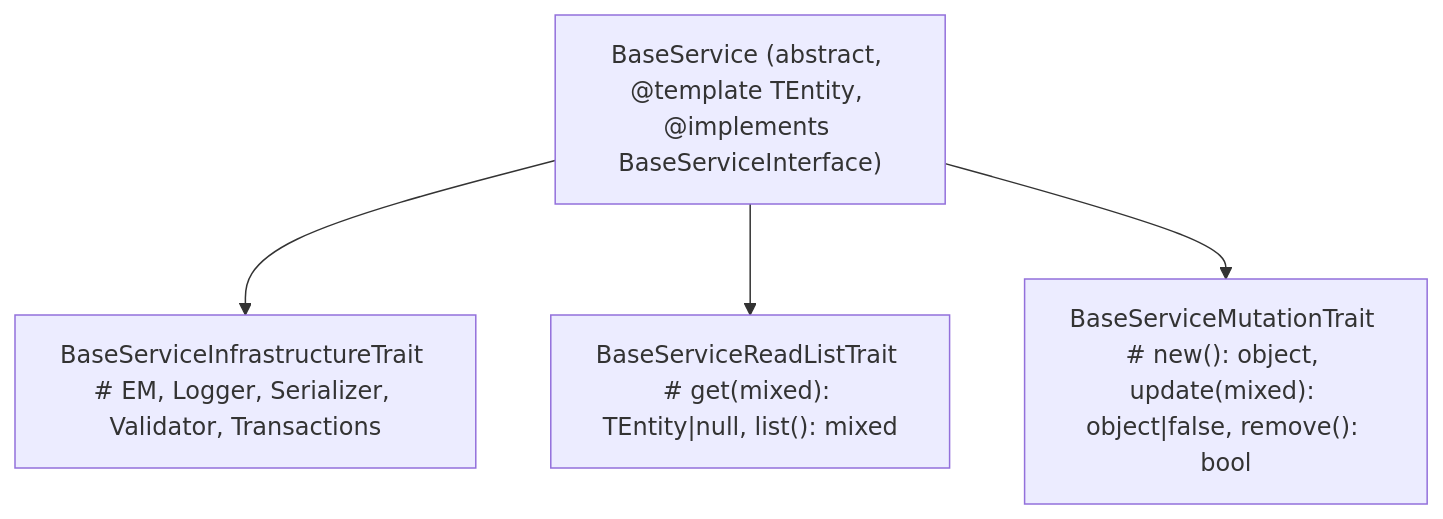
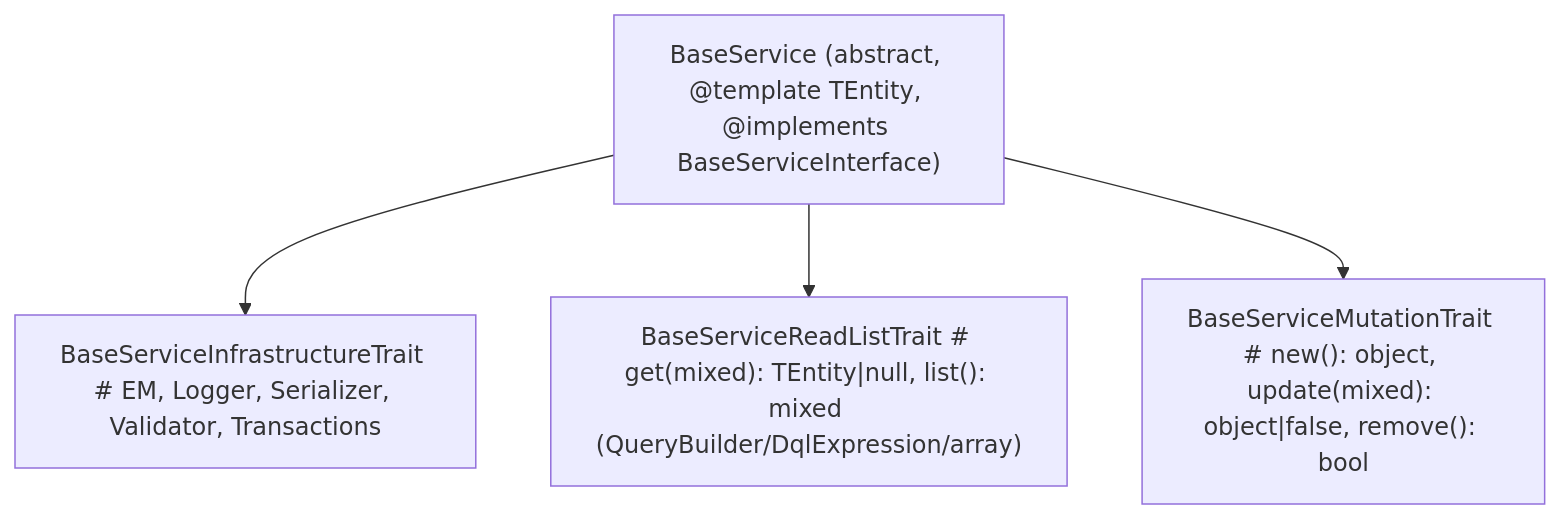
Before and after one commit to dream-studio-china/edc-online-membership: the first of 5 diagrams in docs/ai/context.md, drawn with Mermaid. The commit also changed other lines of this file and 169 other files, not shown here.

````diff
--- a/docs/ai/context.md
+++ b/docs/ai/context.md
@@ -256,7 +290,7 @@
 ```mermaid
 flowchart TD
     base["BaseService<Order> (abstract, @template TEntity, @implements BaseServiceInterface<TEntity>)"]
     base --> infra["BaseServiceInfrastructureTrait # EM, Logger, Serializer, Validator, Transactions"]
-    base --> readList["BaseServiceReadListTrait<TEntity> # get(mixed): TEntity|null, list(): mixed"]
+    base --> readList["BaseServiceReadListTrait<TEntity> # get(mixed): TEntity|null, list(): mixed (QueryBuilder/DqlExpression/array)"]
     base --> mutation["BaseServiceMutationTrait<TEntity> # new(): object, update(mixed): object|false, remove(): bool"]
 ```
````
